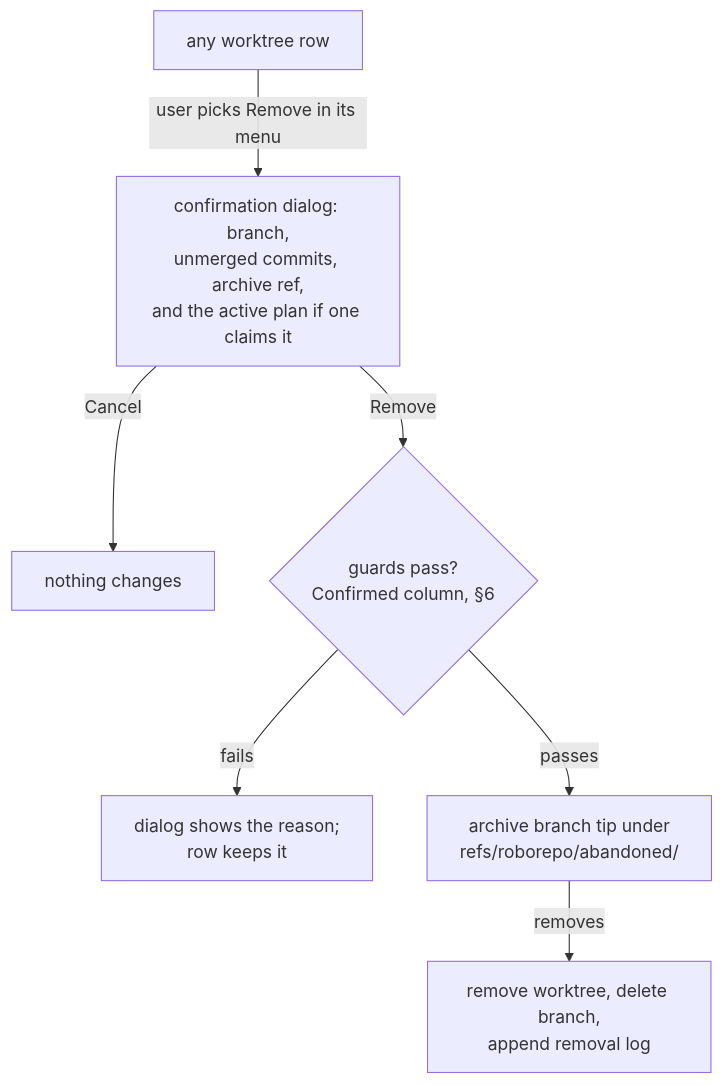
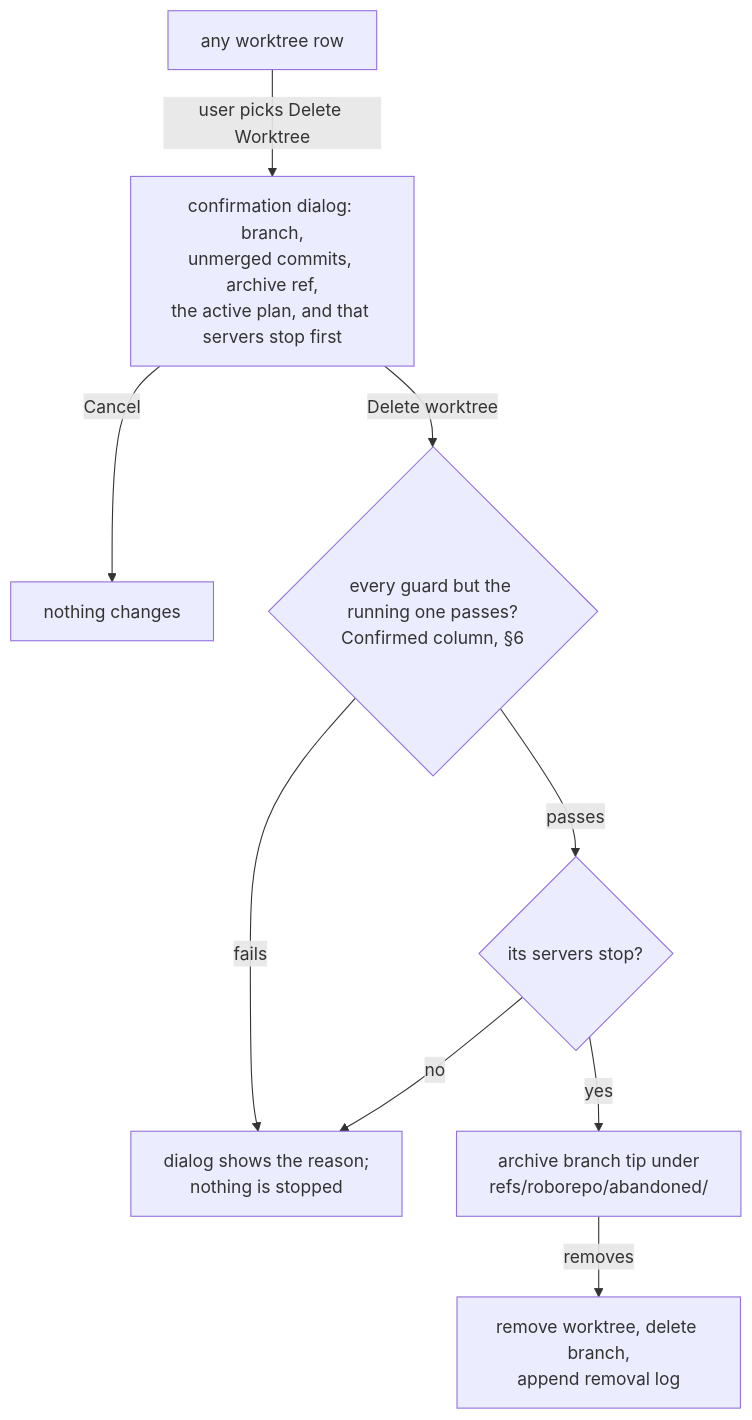
Before and after one commit to kirinmurphy/roborepo-alpha: the fourth of 4 diagrams in docs/plans/active/git-worktree-lifecycle-cleanup.md, drawn with Mermaid. The commit also changed other lines of this file and 17 other files, not shown here.

First line of the commit message:
Split worktree actions into Stop Server and Delete Worktree; align rows

````diff
--- a/docs/plans/active/git-worktree-lifecycle-cleanup.md
+++ b/docs/plans/active/git-worktree-lifecycle-cleanup.md
@@ -420,9 +426,11 @@
 ```mermaid
 flowchart TD
-    W["any worktree row"] -->|user picks Remove in its menu| D["confirmation dialog: branch,<br/>unmerged commits, archive ref,<br/>and the active plan if one claims it"]
+    W["any worktree row"] -->|user picks Delete Worktree| D["confirmation dialog: branch,<br/>unmerged commits, archive ref,<br/>the active plan, and that servers stop first"]
     D -->|Cancel| N["nothing changes"]
-    D -->|Remove| G{"guards pass?<br/>Confirmed column, §6"}
-    G -->|fails| K["dialog shows the reason;<br/>row keeps it"]
-    G -->|passes| P["archive branch tip under<br/>refs/roborepo/abandoned/"]
+    D -->|Delete worktree| G{"every guard but the running one passes?<br/>Confirmed column, §6"}
+    G -->|fails| K["dialog shows the reason;<br/>nothing is stopped"]
+    G -->|passes| S{"its servers stop?"}
+    S -->|no| K
+    S -->|yes| P["archive branch tip under<br/>refs/roborepo/abandoned/"]
     P -->|removes| R["remove worktree, delete branch,<br/>append removal log"]
 ```
````
